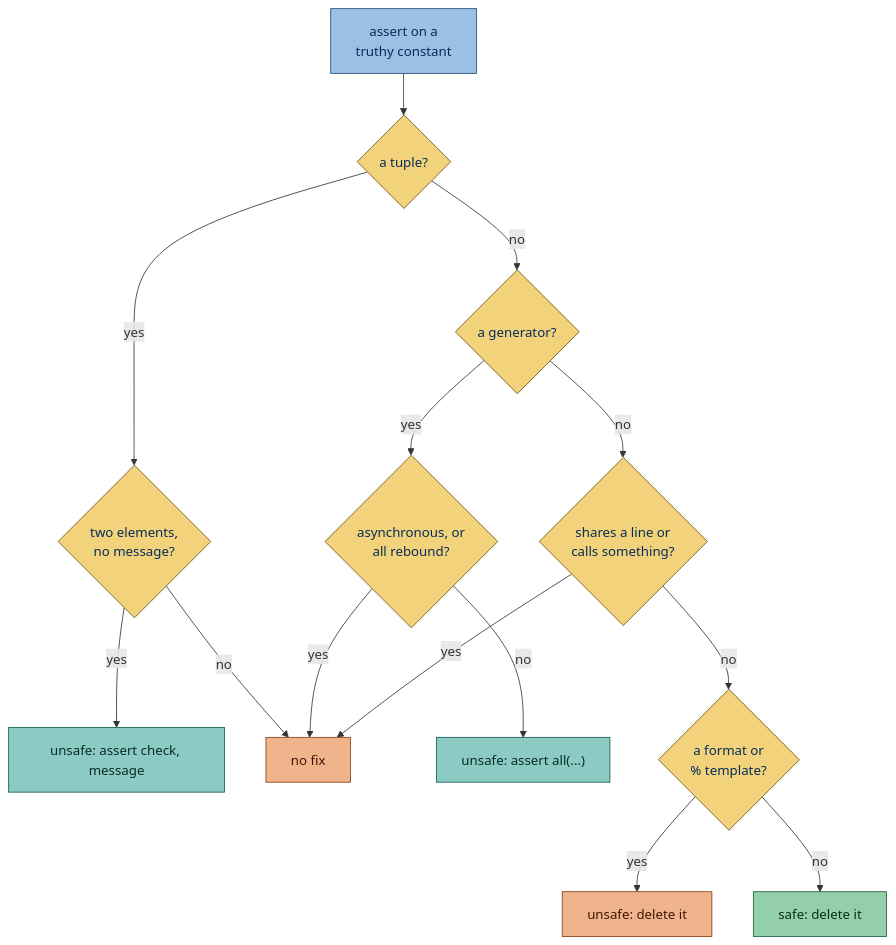
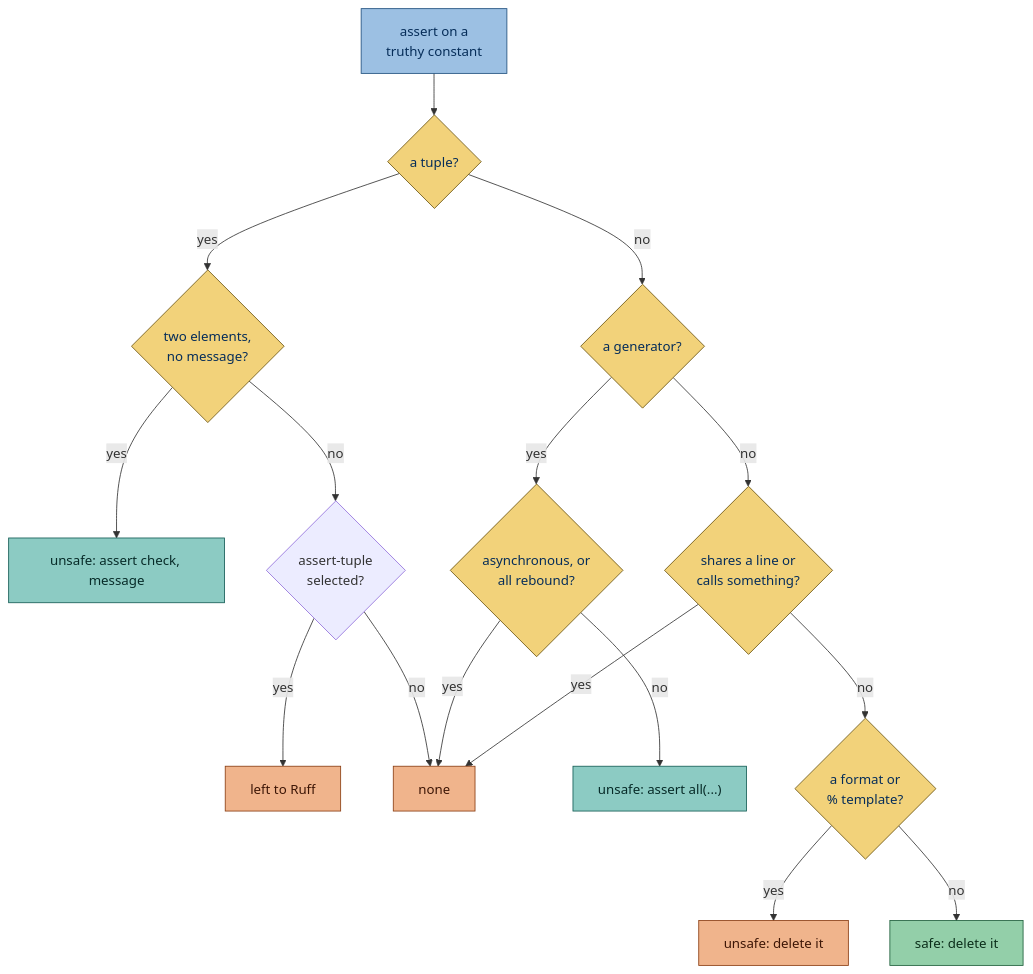
One commit to gaborbernat/simplint changed the diagram in src/rules/testing/constant_assert.md. Above: the diagram before and after it, drawn with Mermaid. The commit also changed other lines of this file and 69 other files, not shown here.

````diff
--- a/src/rules/testing/constant_assert.md
+++ b/src/rules/testing/constant_assert.md
@@ -265,27 +272,29 @@
 ```mermaid
 flowchart TD
     assertion["assert on a<br/>truthy constant"] --> tuple{"a tuple?"}
     tuple -->|yes| pair{"two elements,<br/>no message?"}
     pair -->|yes| unwrap["unsafe: assert check, message"]
-    pair -->|no| none["no fix"]
+    pair -->|no| runs{"assert-tuple<br/>selected?"}
+    runs -->|yes| left["left to Ruff"]
+    runs -->|no| none
     tuple -->|no| generator{"a generator?"}
     generator -->|yes| asynchronous{"asynchronous, or<br/>all rebound?"}
     asynchronous -->|yes| none
     asynchronous -->|no| wrap["unsafe: assert all(...)"]
     generator -->|no| blocked{"shares a line or<br/>calls something?"}
     blocked -->|yes| none
     blocked -->|no| template{"a format or<br/>% template?"}
     template -->|yes| unsafe["unsafe: delete it"]
     template -->|no| delete["safe: delete it"]
     classDef blue fill:#9cc0e3,stroke:#1f4f7d,color:#062d59
     classDef yellow fill:#f2d27a,stroke:#6b5410,color:#062d59
     classDef green fill:#93cfa9,stroke:#1d5e3a,color:#0b2e1a
     classDef teal fill:#8ccbc3,stroke:#145c55,color:#072b28
     classDef orange fill:#f0b48c,stroke:#8a3d12,color:#3d1606
     class assertion blue
     class blocked,tuple,pair,generator,asynchronous,template yellow
     class delete green
     class unsafe orange
     class unwrap,wrap teal
-    class none orange
+    class none,left orange
 ```
````
